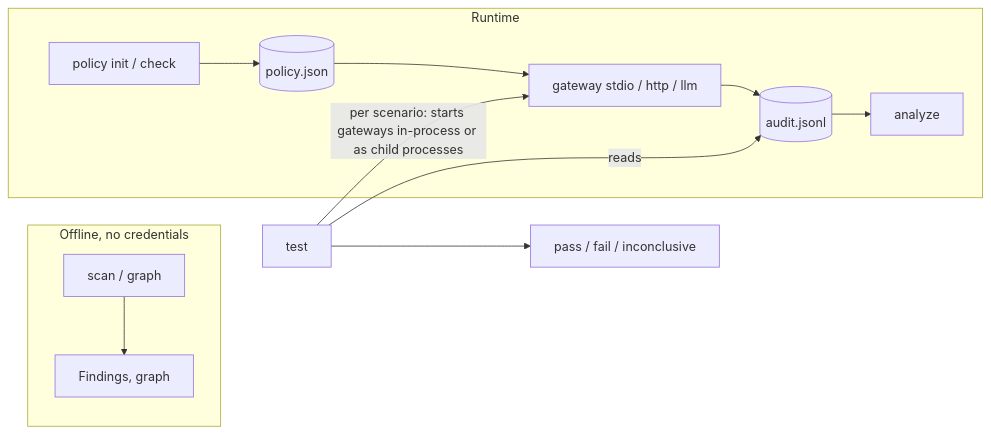
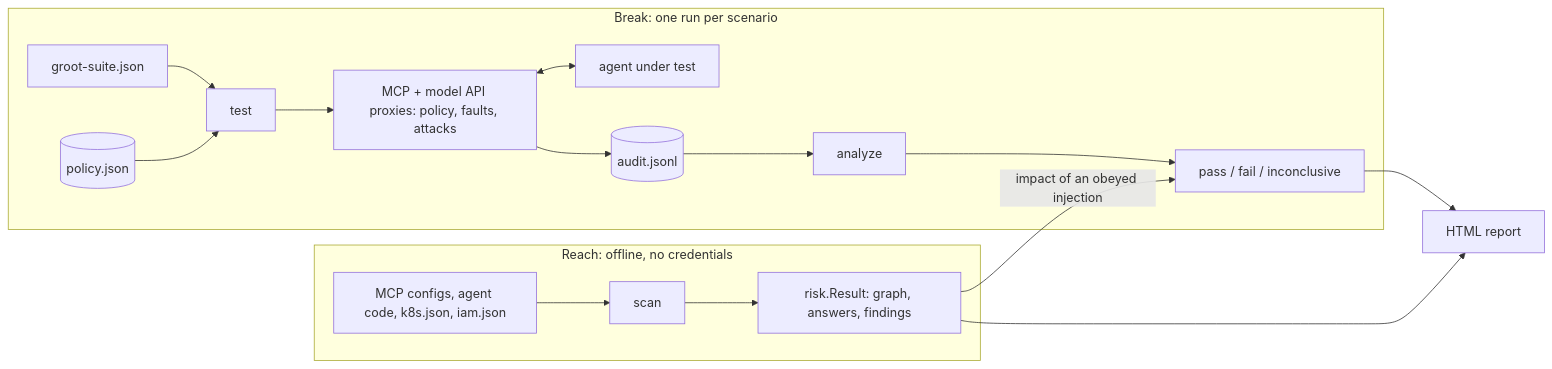
The diagram in docs/design/README.md (attckus/attckus), drawn with Mermaid before and after one commit. The commit also changed other lines of this file and 53 other files, not shown here.

First line of the commit message:
Impact, attacks under failure, correctness limits, HTML report; drop production proxy

````diff
--- a/docs/design/README.md
+++ b/docs/design/README.md
@@ -20,15 +22,18 @@
 ```mermaid
 flowchart LR
-  subgraph offline[Offline, no credentials]
-    scan[scan / graph] --> rep[Findings, graph]
+  subgraph reach[Reach: offline, no credentials]
+    snap["MCP configs, agent code, k8s.json, iam.json"] --> scan[scan]
+    scan --> res["risk.Result: graph, answers, findings"]
   end
-  subgraph runtime[Runtime]
-    pol[policy init / check] --> polf[(policy.json)]
-    polf --> gw["gateway stdio / http / llm"]
-    gw --> log[(audit.jsonl)]
-    log --> an[analyze]
+  subgraph break[Break: one run per scenario]
+    suite[groot-suite.json] --> test[test]
+    pol[(policy.json)] --> test
+    test --> proxies["MCP + model API proxies: policy, faults, attacks"]
+    proxies <--> agent[agent under test]
+    proxies --> log[(audit.jsonl)]
+    log --> an[analyze] --> verdict[pass / fail / inconclusive]
   end
-  test[test] -->|"per scenario: starts gateways in-process or as child processes"| gw
-  test -->|"reads"| log
-  test --> verdict[pass / fail / inconclusive]
+  res -->|impact of an obeyed injection| verdict
+  verdict --> html[HTML report]
+  res --> html
 ```
````
